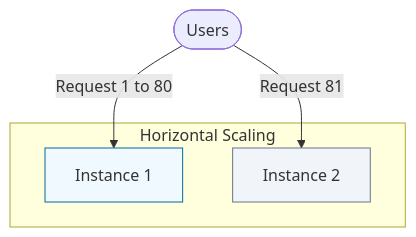
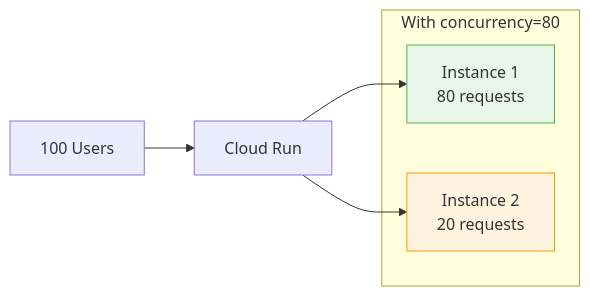
One commit to jyothivempa/gcp-study-plan changed the third of 3 diagrams in curriculum/content/section_13_cloud_run.md. Above: the diagram before and after it, drawn with Mermaid. The commit also changed other lines of this file and 84 other files, not shown here.

````diff
--- a/curriculum/content/section_13_cloud_run.md
+++ b/curriculum/content/section_13_cloud_run.md
@@ -58,13 +108,14 @@
 ```mermaid
-graph TD
-    User([Users]) -- "Request 1 to 80" --> Inst1[Instance 1]
-    User -- "Request 81" --> Inst2[Instance 2]
+flowchart LR
+    USERS[100 Users] --> CR[Cloud Run]
     
-    subgraph Scale [Horizontal Scaling]
-        Inst1
-        Inst2
+    subgraph Instances["With concurrency=80"]
+        I1[Instance 1<br/>80 requests]
+        I2[Instance 2<br/>20 requests]
     end
     
-    style Inst1 fill:#f0f9ff,stroke:#0369a1
-    style Inst2 fill:#f1f5f9,stroke:#64748b
+    CR --> I1 & I2
+    
+    style I1 fill:#e8f5e9,stroke:#4caf50
+    style I2 fill:#fff3e0,stroke:#ff9800
 ```
````
